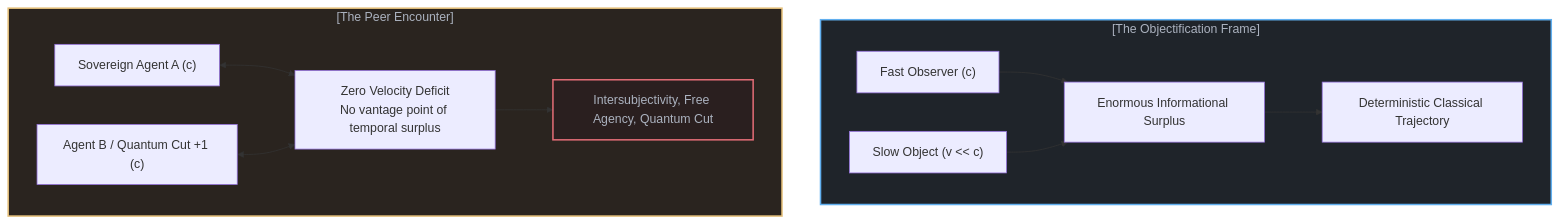
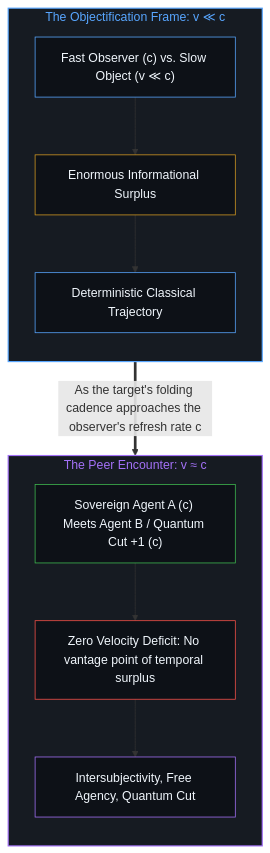
Before and after one commit to powerpig99/not-a-toe: the eighth of 10 diagrams in content/posts/the-velocity-of-visibility.md, drawn with Mermaid. The commit also changed other lines of this file and 23 other files, not shown here.

````diff
--- a/content/posts/the-velocity-of-visibility.md
+++ b/content/posts/the-velocity-of-visibility.md
@@ -304,26 +259,29 @@
 ```mermaid
-graph TD
-    subgraph ObjectificationScenario["[The Objectification Frame]"]
-        ObserverFast["Fast Observer (c)"]
-        ObjectSlow["Slow Object (v << c)"]
+flowchart TD
+    subgraph S_Objectify["The Objectification Frame: v ≪ c"]
+        direction TB
+        ObserverFast["Fast Observer (c) vs. Slow Object (v ≪ c)"]
         Surplus["Enormous Informational Surplus"]
         Mechanics["Deterministic Classical Trajectory"]
-        ObserverFast --> Surplus
-        ObjectSlow --> Surplus
-        Surplus --> Mechanics
+        ObserverFast --> Surplus --> Mechanics
     end
 
-    subgraph SovereignPeerScenario["[The Peer Encounter]"]
-        AgentA["Sovereign Agent A (c)"]
-        AgentB["Agent B / Quantum Cut +1 (c)"]
-        ZeroDeficit["Zero Velocity Deficit<br>No vantage point of temporal surplus"]
+    subgraph S_Peer["The Peer Encounter: v ≈ c"]
+        direction TB
+        PeerMeet["Sovereign Agent A (c) Meets Agent B / Quantum Cut +1 (c)"]
+        ZeroDeficit["Zero Velocity Deficit: No vantage point of temporal surplus"]
         Indeterminacy["Intersubjectivity, Free Agency, Quantum Cut"]
-        AgentA <--> ZeroDeficit
-        AgentB <--> ZeroDeficit
-        ZeroDeficit --> Indeterminacy
+        PeerMeet --> ZeroDeficit --> Indeterminacy
     end
 
-    style ObjectificationScenario fill:#1f242a,stroke:#61afef,stroke-width:2px,color:#abb2bf
-    style SovereignPeerScenario fill:#2a241f,stroke:#e5c07b,stroke-width:2px,color:#abb2bf
-    style Indeterminacy fill:#2a1f1f,stroke:#e06c75,stroke-width:2px,color:#abb2bf
+    Mechanics ==>|"As the target's folding cadence approaches the observer's refresh rate c"| PeerMeet
+
+    style S_Objectify fill:#161b22,stroke:#58a6ff,stroke-width:1.5px,color:#58a6ff
+    style S_Peer fill:#161b22,stroke:#a371f7,stroke-width:1.5px,color:#a371f7
+    style ObserverFast fill:#0d1117,stroke:#58a6ff,stroke-width:1px,color:#f0f6fc
+    style Surplus fill:#0d1117,stroke:#d29922,stroke-width:1px,color:#f0f6fc
+    style Mechanics fill:#0d1117,stroke:#58a6ff,stroke-width:1px,color:#f0f6fc
+    style PeerMeet fill:#0d1117,stroke:#3fb950,stroke-width:1px,color:#f0f6fc
+    style ZeroDeficit fill:#0d1117,stroke:#f85149,stroke-width:1px,color:#f0f6fc
+    style Indeterminacy fill:#0d1117,stroke:#a371f7,stroke-width:1px,color:#f0f6fc
 ```
````
